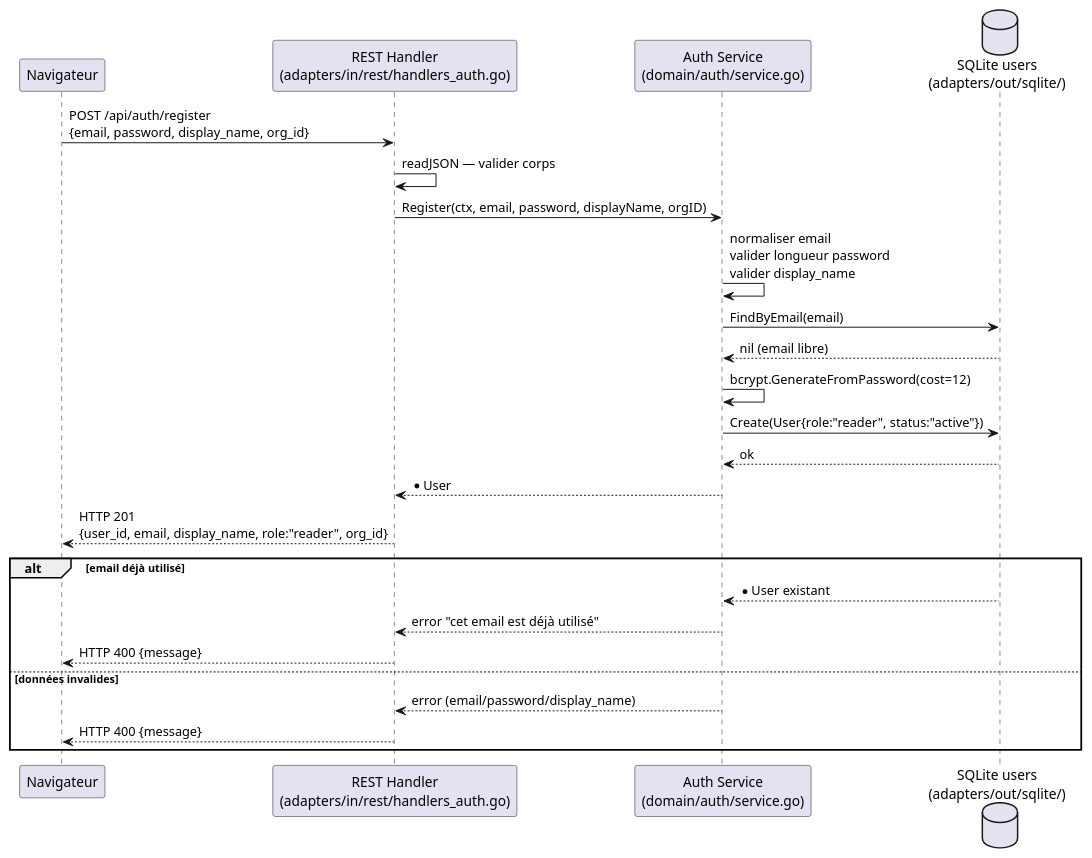
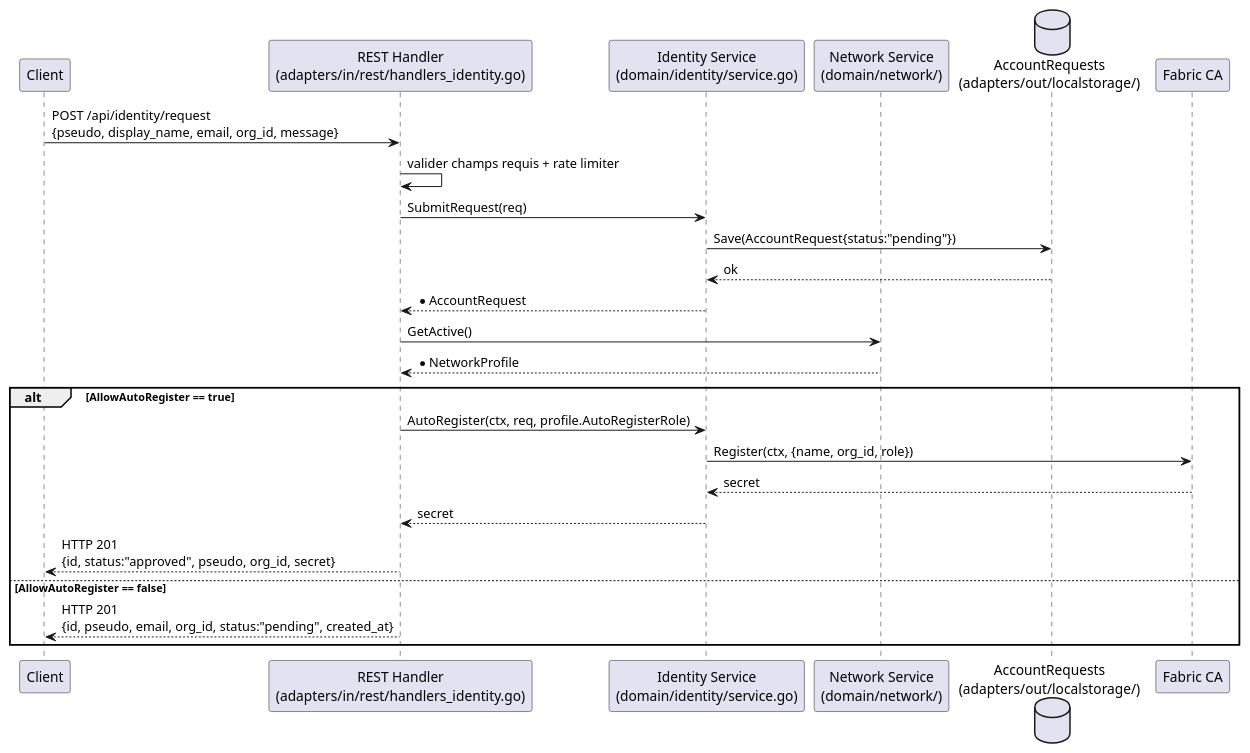
The second of 2 diagrams in specs/2-Analyse/UCA-Compte_et_Acces/UCA01.md (olivaux/myr), drawn with PlantUML before and after one commit. The commit also changed other lines of this file and 72 other files, not shown here.

````diff
--- a/specs/2-Analyse/UCA-Compte_et_Acces/UCA01.md
+++ b/specs/2-Analyse/UCA-Compte_et_Acces/UCA01.md
@@ -91,29 +89,30 @@
 ```plantuml
 @startuml
-participant "Navigateur" as Browser
-participant "REST Handler\n(adapters/in/rest/handlers_auth.go)" as REST
-participant "Auth Service\n(domain/auth/service.go)" as Service
-database "SQLite users\n(adapters/out/sqlite/)" as SQLite
+participant "Client" as Client
+participant "REST Handler\n(adapters/in/rest/handlers_identity.go)" as REST
+participant "Identity Service\n(domain/identity/service.go)" as Service
+participant "Network Service\n(domain/network/)" as NetSvc
+database "AccountRequests\n(adapters/out/localstorage/)" as Store
+participant "Fabric CA" as CA
 
-Browser -> REST : POST /api/auth/register\n{email, password, display_name, org_id}
-REST -> REST : readJSON — valider corps
-REST -> Service : Register(ctx, email, password, displayName, orgID)
-Service -> Service : normaliser email\nvalider longueur password\nvalider display_name
-Service -> SQLite : FindByEmail(email)
-SQLite --> Service : nil (email libre)
-Service -> Service : bcrypt.GenerateFromPassword(cost=12)
-Service -> SQLite : Create(User{role:"reader", status:"active"})
-SQLite --> Service : ok
-Service --> REST : *User
-REST --> Browser : HTTP 201\n{user_id, email, display_name, role:"reader", org_id}
+Client -> REST : POST /api/identity/request\n{pseudo, display_name, email, org_id, message}
+REST -> REST : valider champs requis + rate limiter
+REST -> Service : SubmitRequest(req)
+Service -> Store : Save(AccountRequest{status:"pending"})
+Store --> Service : ok
+Service --> REST : *AccountRequest
 
-alt email déjà utilisé
-  SQLite --> Service : *User existant
-  Service --> REST : error "cet email est déjà utilisé"
-  REST --> Browser : HTTP 400 {message}
-else données invalides
-  Service --> REST : error (email/password/display_name)
-  REST --> Browser : HTTP 400 {message}
+REST -> NetSvc : GetActive()
+NetSvc --> REST : *NetworkProfile
+
+alt AllowAutoRegister == true
+    REST -> Service : AutoRegister(ctx, req, profile.AutoRegisterRole)
+    Service -> CA : Register(ctx, {name, org_id, role})
+    CA --> Service : secret
+    Service --> REST : secret
+    REST --> Client : HTTP 201\n{id, status:"approved", pseudo, org_id, secret}
+else AllowAutoRegister == false
+    REST --> Client : HTTP 201\n{id, pseudo, email, org_id, status:"pending", created_at}
 end
 @enduml
 ```
````
